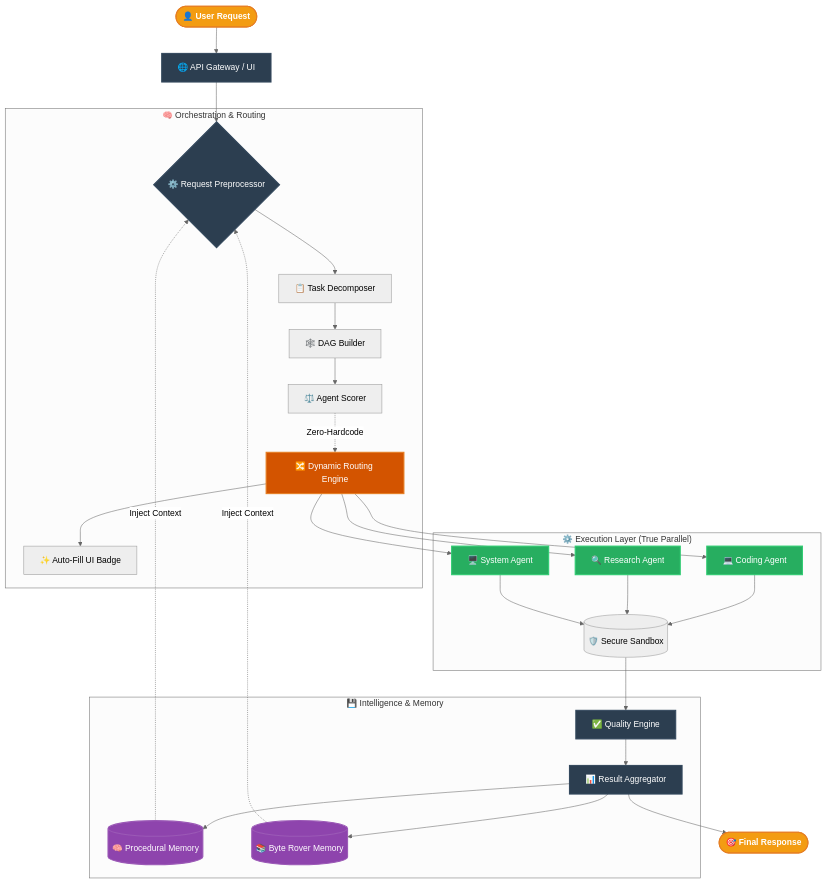
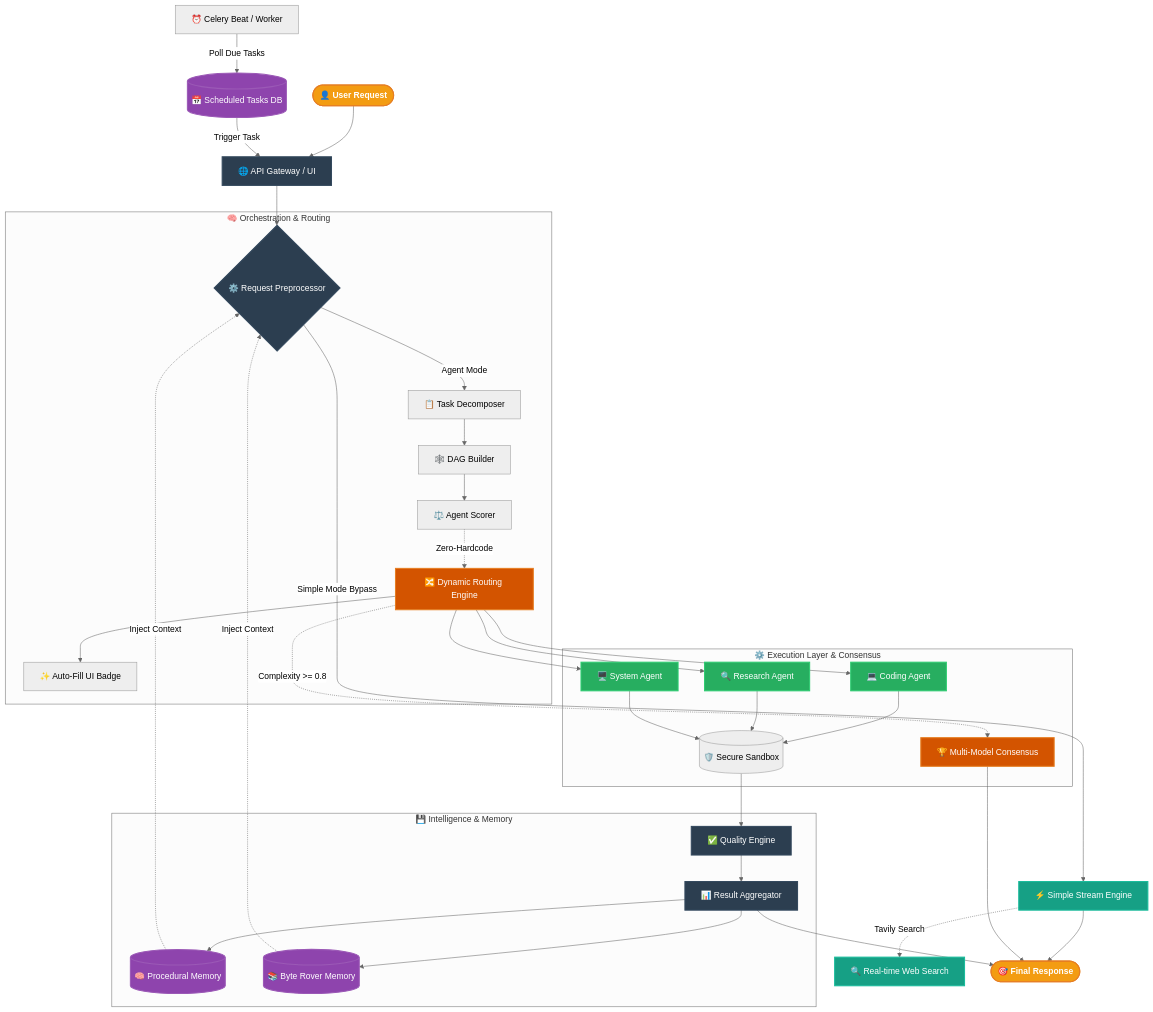
Before and after one commit to maztfajar/ai-super: the diagram in README.md, drawn with Mermaid (neutral theme). The commit also changed other lines of this file and 23 other files, not shown here.

````diff
--- a/README.md
+++ b/README.md
@@ -66,39 +79,49 @@
 ```mermaid
 graph TD
     classDef userNode  fill:#f39c12,stroke:#e67e22,stroke-width:2px,color:#fff,font-weight:bold
     classDef coreEngine fill:#2c3e50,stroke:#34495e,stroke-width:2px,color:#fff
     classDef execution  fill:#27ae60,stroke:#2ecc71,stroke-width:2px,color:#fff
     classDef memory     fill:#8e44ad,stroke:#9b59b6,stroke-width:2px,color:#fff
     classDef routing    fill:#d35400,stroke:#e67e22,stroke-width:2px,color:#fff
+    classDef simple     fill:#16a085,stroke:#1abc9c,stroke-width:2px,color:#fff
 
     User([👤 User Request]):::userNode --> Gateway[🌐 API Gateway / UI]:::coreEngine
+    Celery[⏰ Celery Beat / Worker] -->|Poll Due Tasks| ScheduledTasks[(📅 Scheduled Tasks DB)]:::memory
+    ScheduledTasks -->|Trigger Task| Gateway
+
     Gateway --> Preprocessor{⚙️ Request Preprocessor}:::coreEngine
 
+    Preprocessor -->|Simple Mode Bypass| DirectStream[⚡ Simple Stream Engine]:::simple
+    DirectStream -.->|Tavily Search| Web[🔍 Real-time Web Search]:::simple
+    DirectStream --> FinalResponse([🎯 Final Response]):::userNode
+
     subgraph "🧠 Orchestration & Routing"
-        Preprocessor --> Decomposer[📋 Task Decomposer]
+        Preprocessor -->|Agent Mode| Decomposer[📋 Task Decomposer]
         Decomposer --> DAG[🕸️ DAG Builder]
         DAG --> Scorer[⚖️ Agent Scorer]
         Scorer -.->|Zero-Hardcode| RoutingEngine[🔀 Dynamic Routing Engine]:::routing
         RoutingEngine --> AutoFill[✨ Auto-Fill UI Badge]
     end
 
-    subgraph "⚙️ Execution Layer (True Parallel)"
+    subgraph "⚙️ Execution Layer & Consensus"
+        RoutingEngine -.->|Complexity >= 0.8| VotingEngine[🏆 Multi-Model Consensus]:::routing
         RoutingEngine --> Agent1[💻 Coding Agent]:::execution
         RoutingEngine --> Agent2[🔍 Research Agent]:::execution
         RoutingEngine --> Agent3[🖥️ System Agent]:::execution
         Agent1 --> Sandbox[(🛡️ Secure Sandbox)]
         Agent2 --> Sandbox
         Agent3 --> Sandbox
     end
 
     subgraph "💾 Intelligence & Memory"
         Sandbox --> Quality[✅ Quality Engine]:::coreEngine
         Quality --> Aggregator[📊 Result Aggregator]:::coreEngine
         Aggregator --> PM[(🧠 Procedural Memory)]:::memory
         Aggregator --> BR[(📚 Byte Rover Memory)]:::memory
         PM -.->|Inject Context| Preprocessor
         BR -.->|Inject Context| Preprocessor
     end
 
-    Aggregator --> FinalResponse([🎯 Final Response]):::userNode
+    VotingEngine --> FinalResponse
+    Aggregator --> FinalResponse
 ```
````
